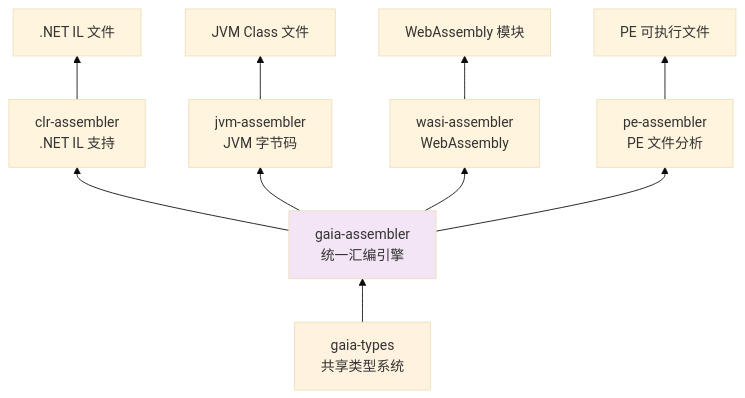
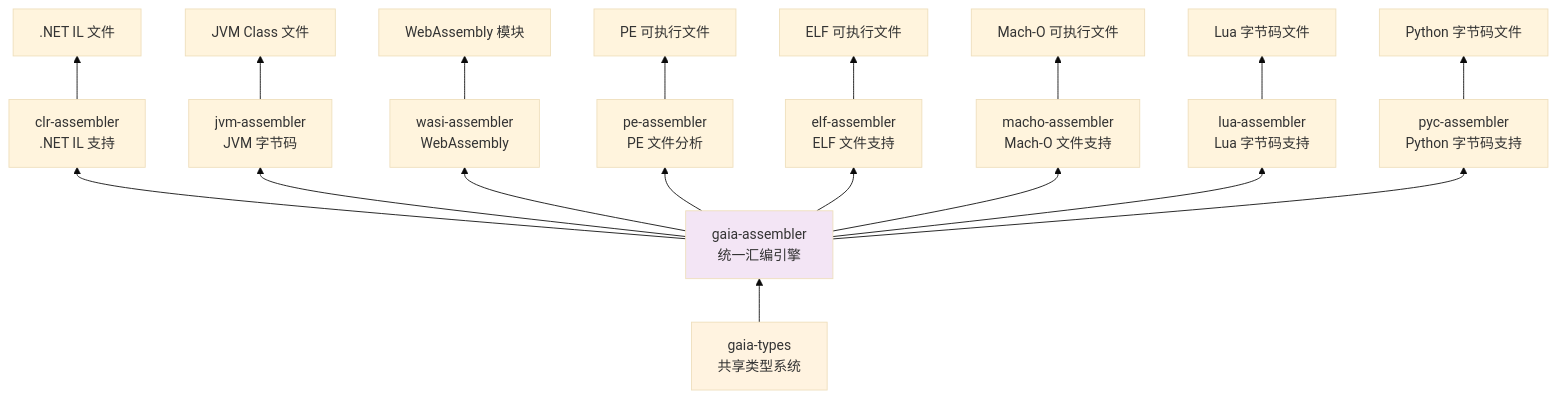
The third of 5 diagrams in readme.md (nyar-vm/project-gaia), drawn with Mermaid (base theme) before and after one commit. The commit also changed other lines of this file and 3 other files, not shown here.

````diff
--- a/readme.md
+++ b/readme.md
@@ -76,17 +97,25 @@
 ```mermaid
 graph BT
     A[gaia-types<br/>共享类型系统] --> B[gaia-assembler<br/>统一汇编引擎]
     
     B --> C[clr-assembler<br/>.NET IL 支持]
     B --> D[jvm-assembler<br/>JVM 字节码]
     B --> E[wasi-assembler<br/>WebAssembly]
     B --> F[pe-assembler<br/>PE 文件分析]
+    B --> K[elf-assembler<br/>ELF 文件支持]
+    B --> L[macho-assembler<br/>Mach-O 文件支持]
+    B --> M[lua-assembler<br/>Lua 字节码支持]
+    B --> N[pyc-assembler<br/>Python 字节码支持]
     
     C --> G[.NET IL 文件]
     D --> H[JVM Class 文件]
     E --> I[WebAssembly 模块]
     F --> J[PE 可执行文件]
+    K --> O[ELF 可执行文件]
+    L --> P[Mach-O 可执行文件]
+    M --> Q[Lua 字节码文件]
+    N --> R[Python 字节码文件]
     
     style A fill:#fff3e0
     style B fill:#f3e5f5
 ```
````
